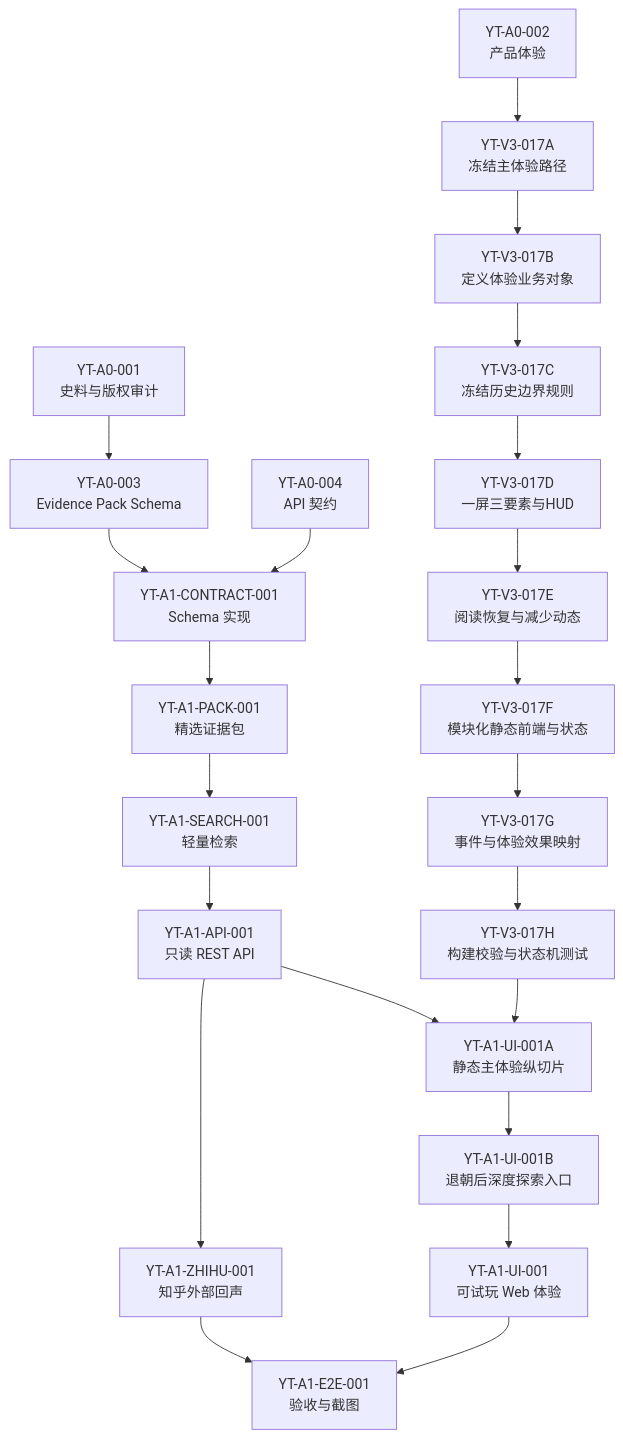
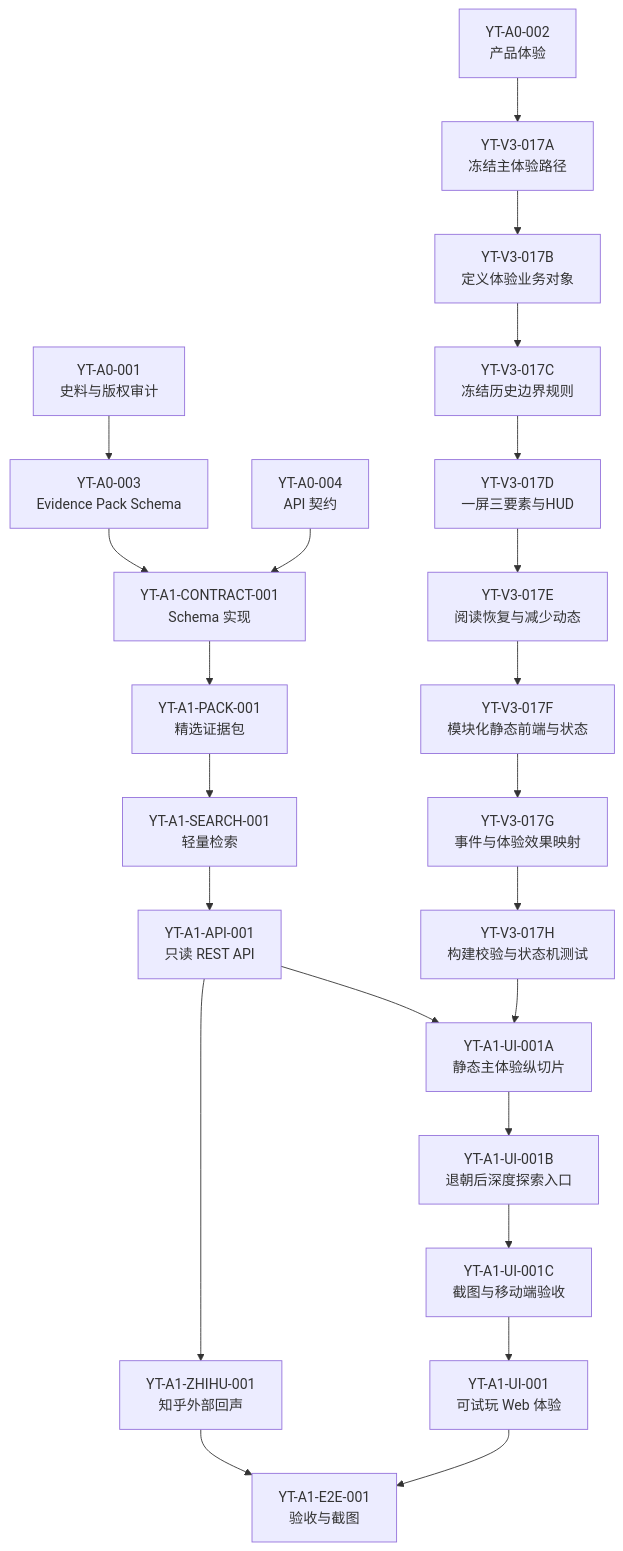
One commit to baijianqing/yantie-history changed the diagram in docs/YANTIE_TASK_BREAKDOWN.md. Above: the diagram before and after it, drawn with Mermaid. The commit also changed other lines of this file, not shown here.

````diff
--- a/docs/YANTIE_TASK_BREAKDOWN.md
+++ b/docs/YANTIE_TASK_BREAKDOWN.md
@@ -24,25 +24,26 @@
 ```mermaid
 flowchart TB
     A001["YT-A0-001<br/>史料与版权审计"] --> A003["YT-A0-003<br/>Evidence Pack Schema"]
     A002["YT-A0-002<br/>产品体验"]
     A003 --> C001["YT-A1-CONTRACT-001<br/>Schema 实现"]
     A004["YT-A0-004<br/>API 契约"] --> C001
     C001 --> P001["YT-A1-PACK-001<br/>精选证据包"]
     P001 --> S001["YT-A1-SEARCH-001<br/>轻量检索"]
     S001 --> API001["YT-A1-API-001<br/>只读 REST API"]
     API001 --> UI001A["YT-A1-UI-001A<br/>静态主体验纵切片"]
     UI001A --> UI001B["YT-A1-UI-001B<br/>退朝后深度探索入口"]
-    UI001B --> UI001["YT-A1-UI-001<br/>可试玩 Web 体验"]
+    UI001B --> UI001C["YT-A1-UI-001C<br/>截图与移动端验收"]
+    UI001C --> UI001["YT-A1-UI-001<br/>可试玩 Web 体验"]
     API001 --> ZH001["YT-A1-ZHIHU-001<br/>知乎外部回声"]
     UI001 --> E2E001["YT-A1-E2E-001<br/>验收与截图"]
     ZH001 --> E2E001
     A002 --> V3017A["YT-V3-017A<br/>冻结主体验路径"]
     V3017A --> V3017B["YT-V3-017B<br/>定义体验业务对象"]
     V3017B --> V3017C["YT-V3-017C<br/>冻结历史边界规则"]
     V3017C --> V3017D["YT-V3-017D<br/>一屏三要素与HUD"]
     V3017D --> V3017E["YT-V3-017E<br/>阅读恢复与减少动态"]
     V3017E --> V3017F["YT-V3-017F<br/>模块化静态前端与状态"]
     V3017F --> V3017G["YT-V3-017G<br/>事件与体验效果映射"]
     V3017G --> V3017H["YT-V3-017H<br/>构建校验与状态机测试"]
     V3017H --> UI001A
 ```
````
